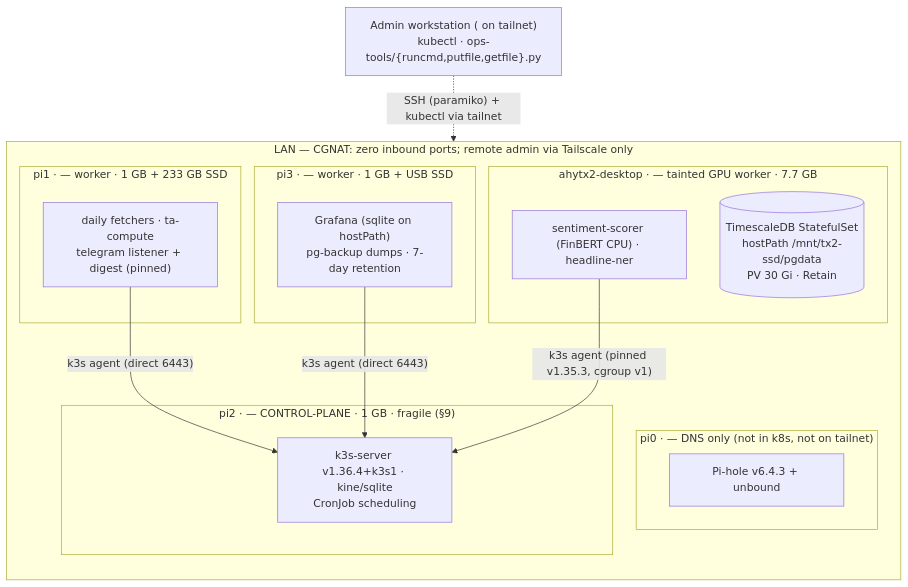
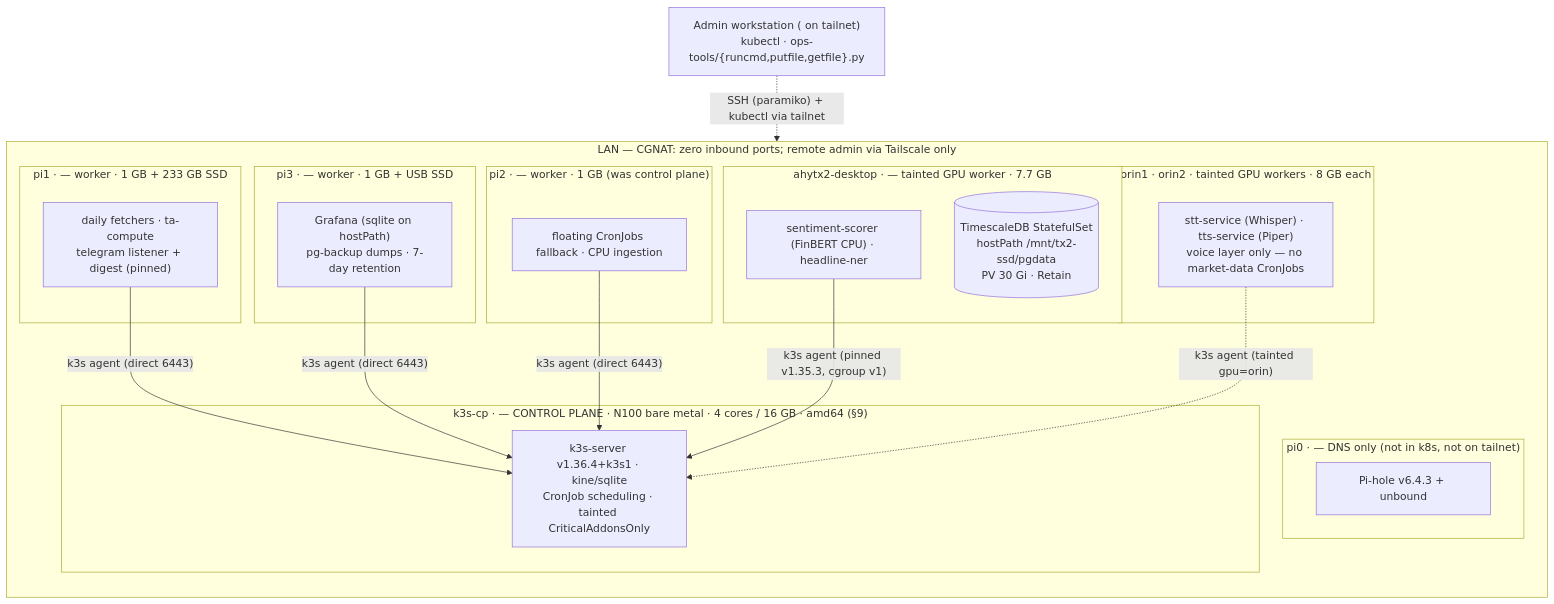
One commit to ahemanthyadav/market-pipeline changed the second of 9 diagrams in docs/market-data-architecture.md. Above: the diagram before and after it, drawn with Mermaid. The commit also changed other lines of this file and 4 other files, not shown here.

First line of the commit message:
docs: update hardware docs for k3s-cp control plane migration

````diff
--- a/docs/market-data-architecture.md
+++ b/docs/market-data-architecture.md
@@ -112,27 +113,35 @@
 ```mermaid
 flowchart TB
     ADMIN["Admin workstation (<admin-tailnet-ip> on tailnet)<br/>kubectl · ops-tools/{runcmd,putfile,getfile}.py"]
     subgraph LAN["LAN <lan-cidr> — CGNAT: zero inbound ports; remote admin via Tailscale only"]
         direction TB
         subgraph PI0["pi0 · <pi0-ip> — DNS only (not in k8s, not on tailnet)"]
             DNS["Pi-hole v6.4.3 + unbound"]
         end
-        subgraph PI2["pi2 · <pi2-ip> — CONTROL-PLANE · 1 GB · fragile (§9)"]
-            API["k3s-server v1.36.4+k3s1 · kine/sqlite<br/>CronJob scheduling"]
+        subgraph CP["k3s-cp · <minipc-ip> — CONTROL PLANE · N100 bare metal · 4 cores / 16 GB · amd64 (§9)"]
+            API["k3s-server v1.36.4+k3s1 · kine/sqlite<br/>CronJob scheduling · tainted CriticalAddonsOnly"]
         end
         subgraph PI1["pi1 · <pi1-ip> — worker · 1 GB + 233 GB SSD"]
             W1["daily fetchers · ta-compute<br/>telegram listener + digest (pinned)"]
+        end
+        subgraph PI2["pi2 · <pi2-ip> — worker · 1 GB (was control plane)"]
+            W2["floating CronJobs fallback · CPU ingestion"]
         end
         subgraph PI3["pi3 · <pi3-ip> — worker · 1 GB + USB SSD"]
             W3["Grafana (sqlite on hostPath)<br/>pg-backup dumps · 7-day retention"]
         end
         subgraph TX2N["ahytx2-desktop · <tx2-ip> — tainted GPU worker · 7.7 GB"]
-            W2["sentiment-scorer (FinBERT CPU) · headline-ner"]
+            W2b["sentiment-scorer (FinBERT CPU) · headline-ner"]
             TSDB[("TimescaleDB StatefulSet<br/>hostPath /mnt/tx2-ssd/pgdata<br/>PV 30 Gi · Retain")]
+        end
+        subgraph ORIN["orin1 · orin2 · tainted GPU workers · 8 GB each"]
+            VS["stt-service (Whisper) · tts-service (Piper)<br/>voice layer only — no market-data CronJobs"]
         end
     end
     ADMIN -. "SSH (paramiko) + kubectl via tailnet" .-> API
     W1 -- "k3s agent (direct 6443)" --> API
     W3 -- "k3s agent (direct 6443)" --> API
-    W2 -- "k3s agent (pinned v1.35.3, cgroup v1)" --> API
+    W2 -- "k3s agent (direct 6443)" --> API
+    W2b -- "k3s agent (pinned v1.35.3, cgroup v1)" --> API
+    VS -. "k3s agent (tainted gpu=orin)" .-> API
 ```
````
